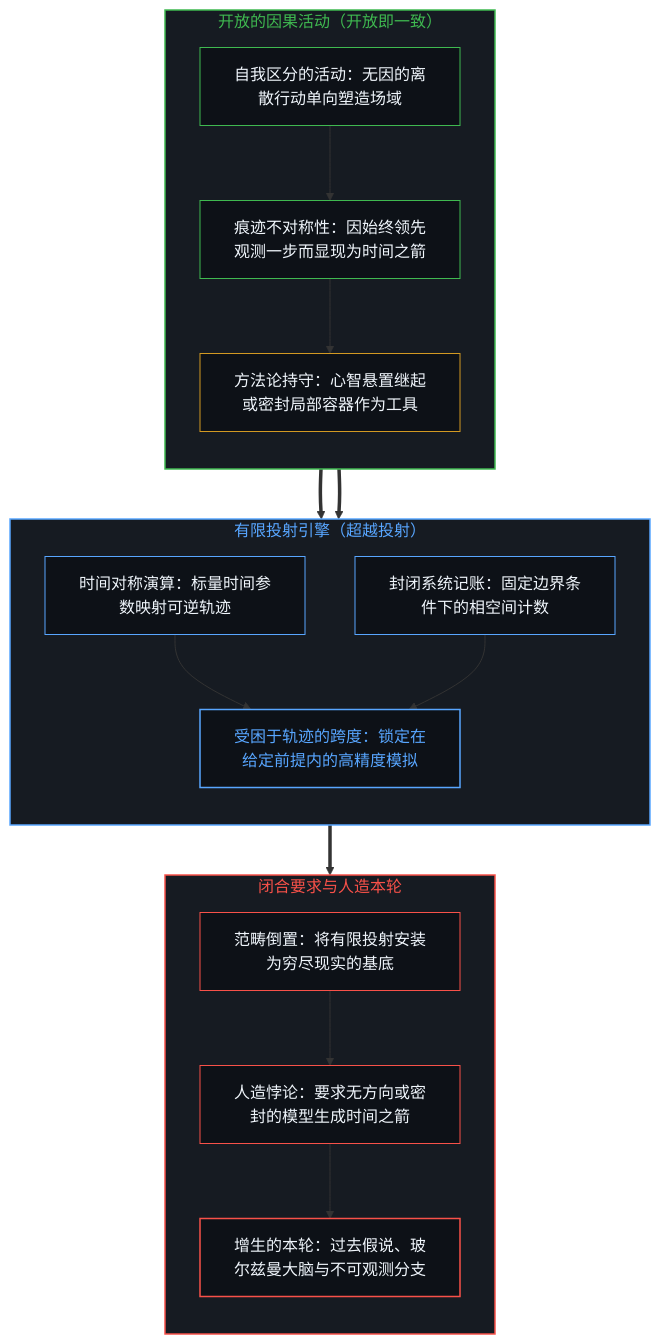
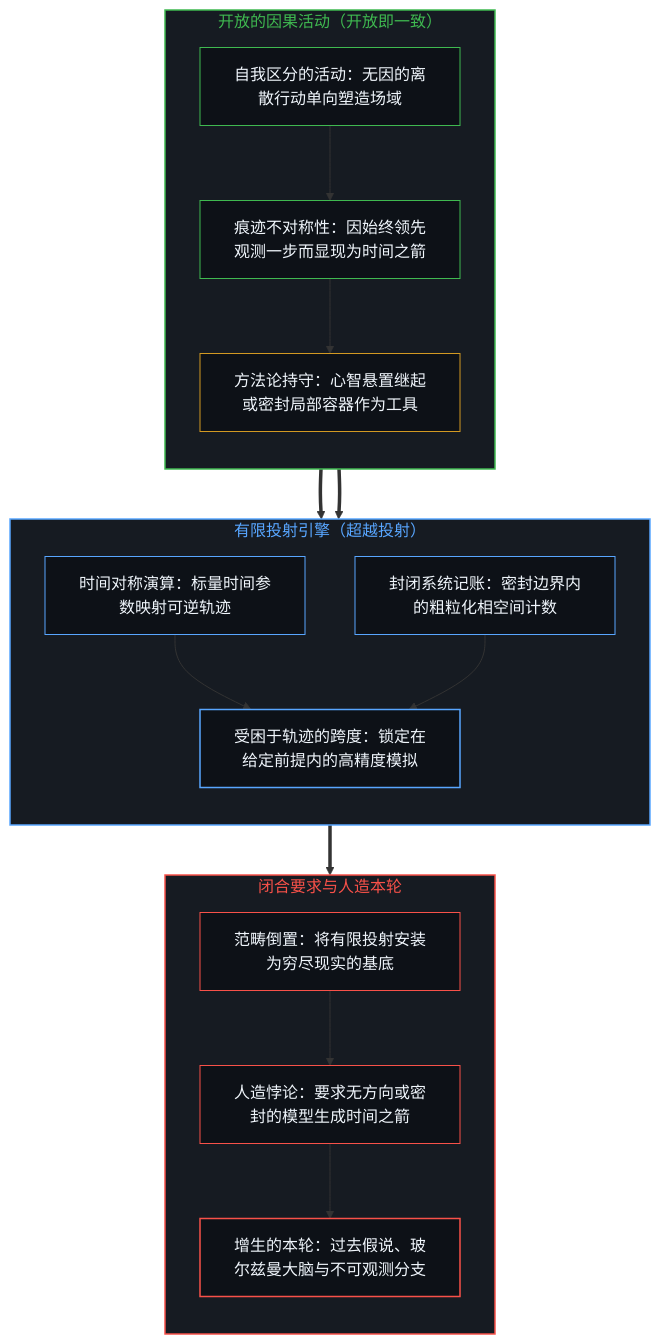
The first of 2 diagrams in content/posts/the-mirage-of-times-arrow-and-the-boundaries-of-simulation.md (powerpig99/not-a-toe), drawn with Mermaid before and after one commit. The commit also changed other lines of this file and 7 other files, not shown here.

````diff
--- a/content/posts/the-mirage-of-times-arrow-and-the-boundaries-of-simulation.md
+++ b/content/posts/the-mirage-of-times-arrow-and-the-boundaries-of-simulation.md
@@ -27,40 +27,40 @@
 ```mermaid
 flowchart TD
     subgraph S_OpenEdge ["开放的因果活动（开放即一致）"]
         direction TB
         O_Act["自我区分的活动：无因的离散行动单向塑造场域"]
         O_Asym["痕迹不对称性：因始终领先观测一步而显现为时间之箭"]
         O_Hold["方法论持守：心智悬置继起或密封局部容器作为工具"]
         O_Act --> O_Asym --> O_Hold
     end
     subgraph S_Projection ["有限投射引擎（超越投射）"]
         direction TB
         P_Sym["时间对称演算：标量时间参数映射可逆轨迹"]
-        P_Box["封闭系统记账：固定边界条件下的相空间计数"]
+        P_Box["封闭系统记账：密封边界内的粗粒化相空间计数"]
         P_Limit["受困于轨迹的跨度：锁定在给定前提内的高精度模拟"]
         P_Sym --> P_Limit
         P_Box --> P_Limit
     end
     subgraph S_Inversion ["闭合要求与人造本轮"]
         direction TB
         I_Reify["范畴倒置：将有限投射安装为穷尽现实的基底"]
         I_Paradox["人造悖论：要求无方向或密封的模型生成时间之箭"]
         I_Patch["增生的本轮：过去假说、玻尔兹曼大脑与不可观测分支"]
         I_Reify --> I_Paradox --> I_Patch
     end
     O_Hold ==> P_Sym
     O_Hold ==> P_Box
     P_Limit ==> I_Reify
     style S_OpenEdge fill:#161b22,stroke:#3fb950,stroke-width:1.5px,color:#3fb950
     style S_Projection fill:#161b22,stroke:#58a6ff,stroke-width:1.5px,color:#58a6ff
     style S_Inversion fill:#161b22,stroke:#f85149,stroke-width:1.5px,color:#f85149
     style O_Act fill:#0d1117,stroke:#3fb950,stroke-width:1px,color:#f0f6fc
     style O_Asym fill:#0d1117,stroke:#3fb950,stroke-width:1px,color:#f0f6fc
     style O_Hold fill:#0d1117,stroke:#d29922,stroke-width:1px,color:#f0f6fc
     style P_Sym fill:#0d1117,stroke:#58a6ff,stroke-width:1px,color:#f0f6fc
     style P_Box fill:#0d1117,stroke:#58a6ff,stroke-width:1px,color:#f0f6fc
-    style P_Limit fill:#0d1117,stroke:#58a6ff,stroke-width:1.5px,color:#58a6ff
+    style P_Limit fill:#0d1117,stroke:#58a6ff,stroke-width:1.5px,color:#f0f6fc
     style I_Reify fill:#0d1117,stroke:#f85149,stroke-width:1px,color:#f0f6fc
     style I_Paradox fill:#0d1117,stroke:#f85149,stroke-width:1px,color:#f0f6fc
     style I_Patch fill:#0d1117,stroke:#f85149,stroke-width:1.5px,color:#f0f6fc
 ```
````
